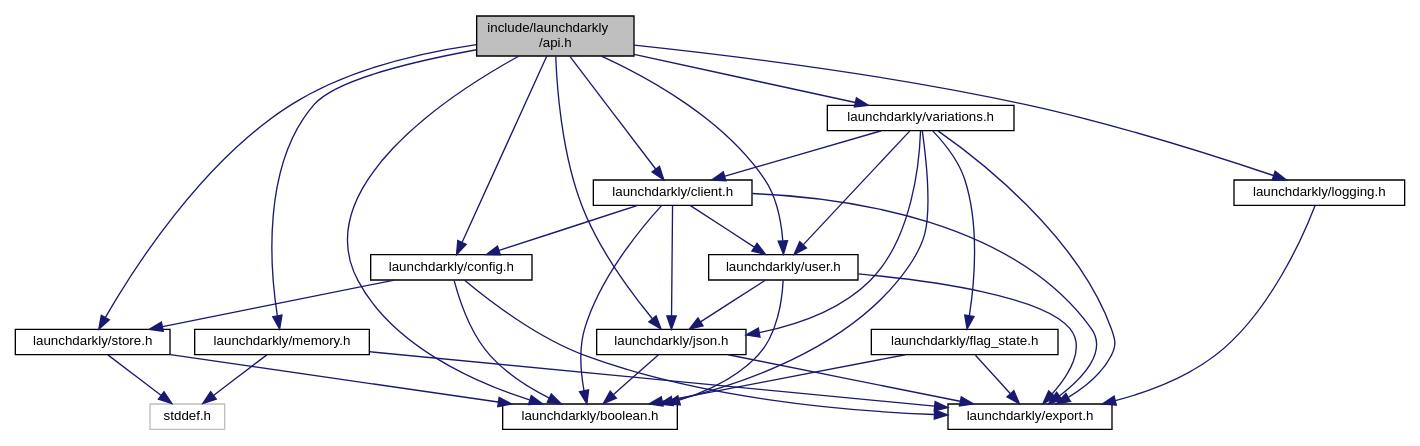
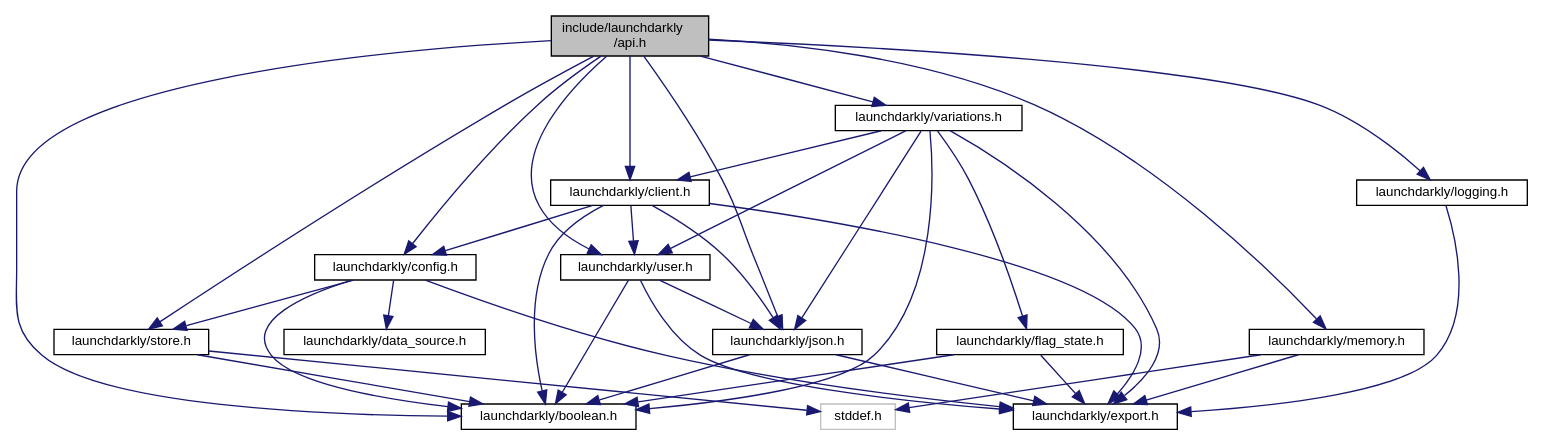
One commit to launchdarkly/c-server-sdk changed the diagram in api_8h__incl.dot. Above: the diagram before and after it, drawn with Graphviz. The commit also changed 86 other files, not shown here.

```diff
--- a/api_8h__incl.dot
+++ b/api_8h__incl.dot
@@ -1,53 +1,55 @@
 digraph "include/launchdarkly/api.h"
 {
   edge [fontname="Helvetica",fontsize="10",labelfontname="Helvetica",labelfontsize="10"];
   node [fontname="Helvetica",fontsize="10",shape=record];
   Node0 [label="include/launchdarkly\l/api.h",height=0.2,width=0.4,color="black", fillcolor="grey75", style="filled", fontcolor="black"];
   Node0 -> Node1 [color="midnightblue",fontsize="10",style="solid",fontname="Helvetica"];
   Node1 [label="launchdarkly/boolean.h",height=0.2,width=0.4,color="black", fillcolor="white", style="filled",URL="$boolean_8h.html",tooltip="A custom c89 boolean type. "];
   Node0 -> Node2 [color="midnightblue",fontsize="10",style="solid",fontname="Helvetica"];
   Node2 [label="launchdarkly/client.h",height=0.2,width=0.4,color="black", fillcolor="white", style="filled",URL="$client_8h.html",tooltip="Public API for Client operations. "];
   Node2 -> Node1 [color="midnightblue",fontsize="10",style="solid",fontname="Helvetica"];
   Node2 -> Node3 [color="midnightblue",fontsize="10",style="solid",fontname="Helvetica"];
   Node3 [label="launchdarkly/config.h",height=0.2,width=0.4,color="black", fillcolor="white", style="filled",URL="$config_8h.html",tooltip="Public API for Configuration. "];
   Node3 -> Node1 [color="midnightblue",fontsize="10",style="solid",fontname="Helvetica"];
   Node3 -> Node4 [color="midnightblue",fontsize="10",style="solid",fontname="Helvetica"];
   Node4 [label="launchdarkly/export.h",height=0.2,width=0.4,color="black", fillcolor="white", style="filled",URL="$export_8h.html",tooltip="Public. Configuration of exported symbols. "];
   Node3 -> Node5 [color="midnightblue",fontsize="10",style="solid",fontname="Helvetica"];
   Node5 [label="launchdarkly/store.h",height=0.2,width=0.4,color="black", fillcolor="white", style="filled",URL="$store_8h.html",tooltip="Public API for Store implementations. "];
   Node5 -> Node6 [color="midnightblue",fontsize="10",style="solid",fontname="Helvetica"];
   Node6 [label="stddef.h",height=0.2,width=0.4,color="grey75", fillcolor="white", style="filled"];
   Node5 -> Node1 [color="midnightblue",fontsize="10",style="solid",fontname="Helvetica"];
+  Node3 -> Node7 [color="midnightblue",fontsize="10",style="solid",fontname="Helvetica"];
+  Node7 [label="launchdarkly/data_source.h",height=0.2,width=0.4,color="black", fillcolor="white", style="filled",URL="$data__source_8h.html",tooltip="Public API for data source implementation. "];
   Node2 -> Node4 [color="midnightblue",fontsize="10",style="solid",fontname="Helvetica"];
-  Node2 -> Node7 [color="midnightblue",fontsize="10",style="solid",fontname="Helvetica"];
-  Node7 [label="launchdarkly/json.h",height=0.2,width=0.4,color="black", fillcolor="white", style="filled",URL="$json_8h.html",tooltip="Public API for JSON usage. "];
-  Node7 -> Node1 [color="midnightblue",fontsize="10",style="solid",fontname="Helvetica"];
-  Node7 -> Node4 [color="midnightblue",fontsize="10",style="solid",fontname="Helvetica"];
   Node2 -> Node8 [color="midnightblue",fontsize="10",style="solid",fontname="Helvetica"];
-  Node8 [label="launchdarkly/user.h",height=0.2,width=0.4,color="black", fillcolor="white", style="filled",URL="$user_8h.html",tooltip="Public API for User construction. "];
+  Node8 [label="launchdarkly/json.h",height=0.2,width=0.4,color="black", fillcolor="white", style="filled",URL="$json_8h.html",tooltip="Public API for JSON usage. "];
   Node8 -> Node1 [color="midnightblue",fontsize="10",style="solid",fontname="Helvetica"];
   Node8 -> Node4 [color="midnightblue",fontsize="10",style="solid",fontname="Helvetica"];
-  Node8 -> Node7 [color="midnightblue",fontsize="10",style="solid",fontname="Helvetica"];
+  Node2 -> Node9 [color="midnightblue",fontsize="10",style="solid",fontname="Helvetica"];
+  Node9 [label="launchdarkly/user.h",height=0.2,width=0.4,color="black", fillcolor="white", style="filled",URL="$user_8h.html",tooltip="Public API for User construction. "];
+  Node9 -> Node1 [color="midnightblue",fontsize="10",style="solid",fontname="Helvetica"];
+  Node9 -> Node4 [color="midnightblue",fontsize="10",style="solid",fontname="Helvetica"];
+  Node9 -> Node8 [color="midnightblue",fontsize="10",style="solid",fontname="Helvetica"];
   Node0 -> Node3 [color="midnightblue",fontsize="10",style="solid",fontname="Helvetica"];
-  Node0 -> Node7 [color="midnightblue",fontsize="10",style="solid",fontname="Helvetica"];
+  Node0 -> Node8 [color="midnightblue",fontsize="10",style="solid",fontname="Helvetica"];
+  Node0 -> Node10 [color="midnightblue",fontsize="10",style="solid",fontname="Helvetica"];
+  Node10 [label="launchdarkly/logging.h",height=0.2,width=0.4,color="black", fillcolor="white", style="filled",URL="$logging_8h.html",tooltip="Public API for Logging. "];
+  Node10 -> Node4 [color="midnightblue",fontsize="10",style="solid",fontname="Helvetica"];
+  Node0 -> Node11 [color="midnightblue",fontsize="10",style="solid",fontname="Helvetica"];
+  Node11 [label="launchdarkly/memory.h",height=0.2,width=0.4,color="black", fillcolor="white", style="filled",URL="$memory_8h.html",tooltip="Public API. Operations for managing memory. "];
+  Node11 -> Node6 [color="midnightblue",fontsize="10",style="solid",fontname="Helvetica"];
+  Node11 -> Node4 [color="midnightblue",fontsize="10",style="solid",fontname="Helvetica"];
+  Node0 -> Node5 [color="midnightblue",fontsize="10",style="solid",fontname="Helvetica"];
   Node0 -> Node9 [color="midnightblue",fontsize="10",style="solid",fontname="Helvetica"];
-  Node9 [label="launchdarkly/logging.h",height=0.2,width=0.4,color="black", fillcolor="white", style="filled",URL="$logging_8h.html",tooltip="Public API for Logging. "];
-  Node9 -> Node4 [color="midnightblue",fontsize="10",style="solid",fontname="Helvetica"];
-  Node0 -> Node10 [color="midnightblue",fontsize="10",style="solid",fontname="Helvetica"];
-  Node10 [label="launchdarkly/memory.h",height=0.2,width=0.4,color="black", fillcolor="white", style="filled",URL="$memory_8h.html",tooltip="Public API. Operations for managing memory. "];
-  Node10 -> Node6 [color="midnightblue",fontsize="10",style="solid",fontname="Helvetica"];
-  Node10 -> Node4 [color="midnightblue",fontsize="10",style="solid",fontname="Helvetica"];
-  Node0 -> Node5 [color="midnightblue",fontsize="10",style="solid",fontname="Helvetica"];
-  Node0 -> Node8 [color="midnightblue",fontsize="10",style="solid",fontname="Helvetica"];
-  Node0 -> Node11 [color="midnightblue",fontsize="10",style="solid",fontname="Helvetica"];
-  Node11 [label="launchdarkly/variations.h",height=0.2,width=0.4,color="black", fillcolor="white", style="filled",URL="$variations_8h.html",tooltip="Public API for evaluation variations. "];
-  Node11 -> Node1 [color="midnightblue",fontsize="10",style="solid",fontname="Helvetica"];
-  Node11 -> Node2 [color="midnightblue",fontsize="10",style="solid",fontname="Helvetica"];
-  Node11 -> Node4 [color="midnightblue",fontsize="10",style="solid",fontname="Helvetica"];
-  Node11 -> Node7 [color="midnightblue",fontsize="10",style="solid",fontname="Helvetica"];
-  Node11 -> Node8 [color="midnightblue",fontsize="10",style="solid",fontname="Helvetica"];
-  Node11 -> Node12 [color="midnightblue",fontsize="10",style="solid",fontname="Helvetica"];
-  Node12 [label="launchdarkly/flag_state.h",height=0.2,width=0.4,color="black", fillcolor="white", style="filled",URL="$flag__state_8h.html",tooltip="Public API associated with LDAllFlagsState. "];
+  Node0 -> Node12 [color="midnightblue",fontsize="10",style="solid",fontname="Helvetica"];
+  Node12 [label="launchdarkly/variations.h",height=0.2,width=0.4,color="black", fillcolor="white", style="filled",URL="$variations_8h.html",tooltip="Public API for evaluation variations. "];
   Node12 -> Node1 [color="midnightblue",fontsize="10",style="solid",fontname="Helvetica"];
+  Node12 -> Node2 [color="midnightblue",fontsize="10",style="solid",fontname="Helvetica"];
   Node12 -> Node4 [color="midnightblue",fontsize="10",style="solid",fontname="Helvetica"];
+  Node12 -> Node8 [color="midnightblue",fontsize="10",style="solid",fontname="Helvetica"];
+  Node12 -> Node9 [color="midnightblue",fontsize="10",style="solid",fontname="Helvetica"];
+  Node12 -> Node13 [color="midnightblue",fontsize="10",style="solid",fontname="Helvetica"];
+  Node13 [label="launchdarkly/flag_state.h",height=0.2,width=0.4,color="black", fillcolor="white", style="filled",URL="$flag__state_8h.html",tooltip="Public API associated with LDAllFlagsState. "];
+  Node13 -> Node1 [color="midnightblue",fontsize="10",style="solid",fontname="Helvetica"];
+  Node13 -> Node4 [color="midnightblue",fontsize="10",style="solid",fontname="Helvetica"];
 }
```
